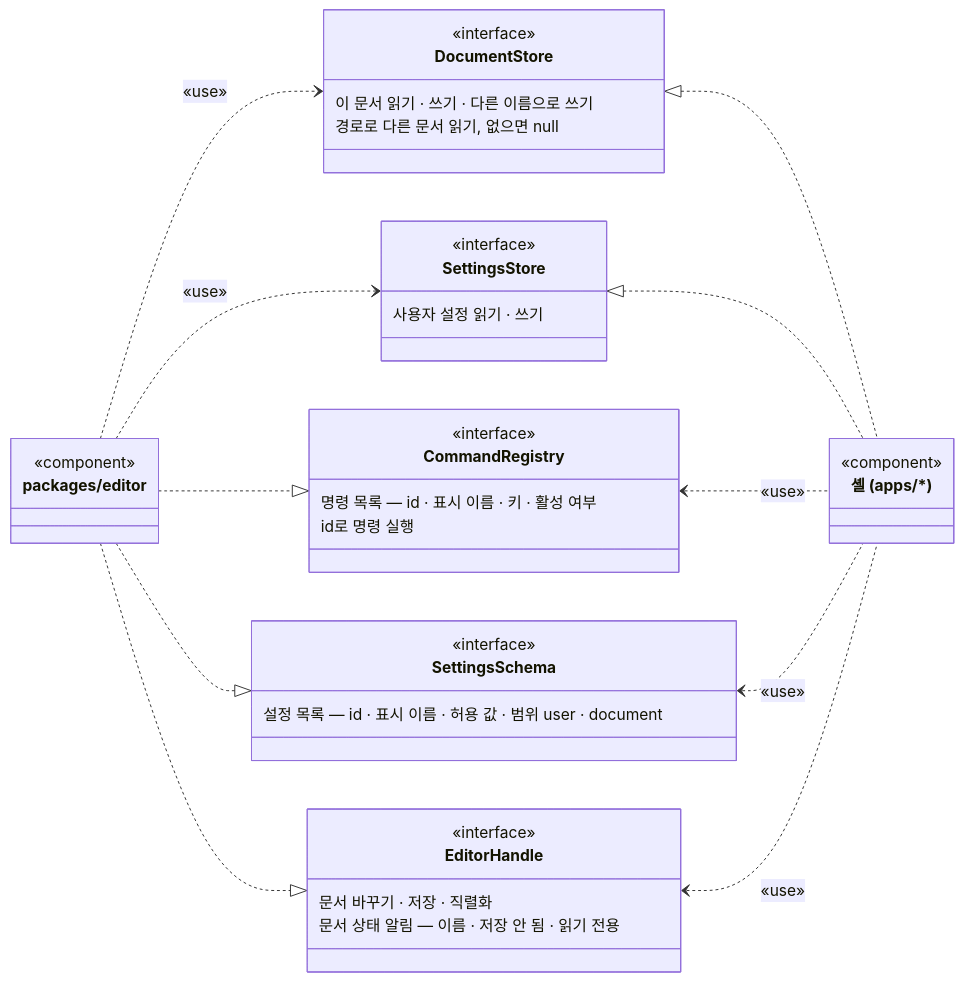
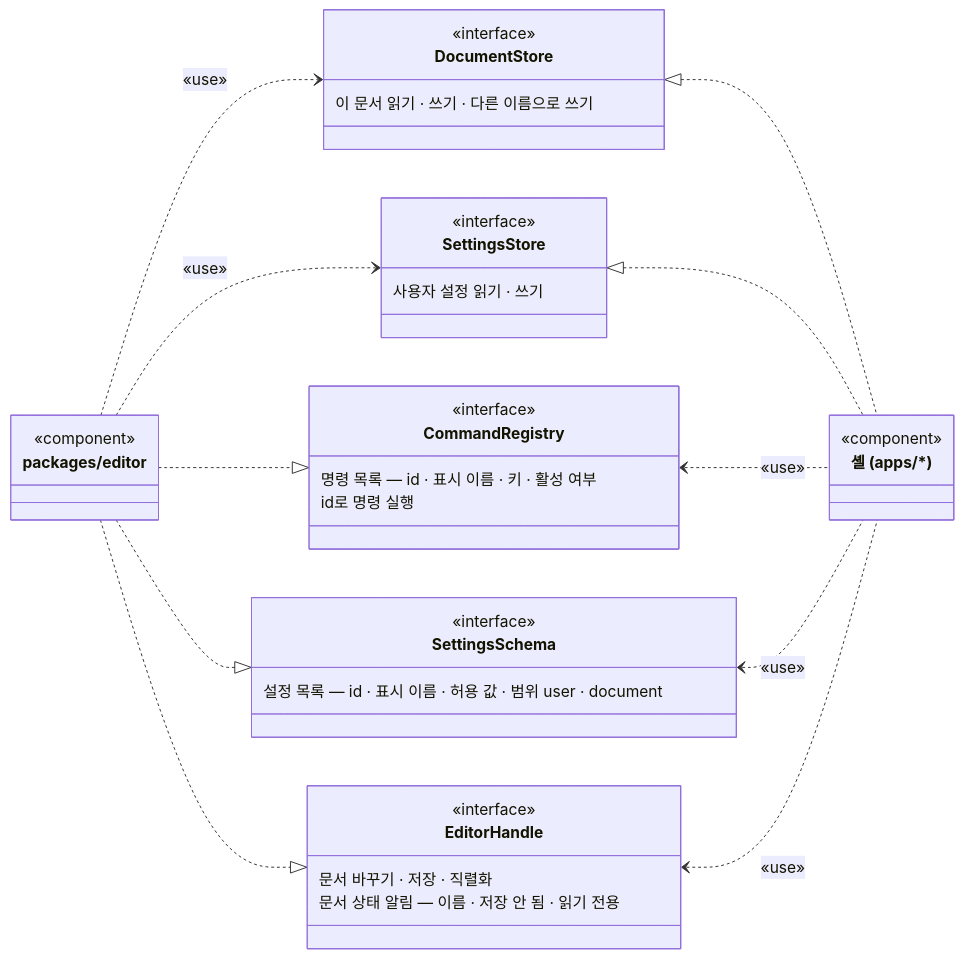
Before and after one commit to reddiana/AriadneNSD: the third of 9 diagrams in docs/03-architecture/01-architecture.md, drawn with Mermaid. The commit also changed other lines of this file and 73 other files, not shown here.

````diff
--- a/docs/03-architecture/01-architecture.md
+++ b/docs/03-architecture/01-architecture.md
@@ -266,36 +266,35 @@
 ```mermaid
 classDiagram
     direction LR
     class editor["packages/editor"]
     <<component>> editor
     class Shell["셸 (apps/*)"]
     <<component>> Shell
     class DocumentStore
     <<interface>> DocumentStore
     DocumentStore : 이 문서 읽기 · 쓰기 · 다른 이름으로 쓰기
-    DocumentStore : 경로로 다른 문서 읽기, 없으면 null
     class SettingsStore
     <<interface>> SettingsStore
     SettingsStore : 사용자 설정 읽기 · 쓰기
     class CommandRegistry
     <<interface>> CommandRegistry
     CommandRegistry : 명령 목록 — id · 표시 이름 · 키 · 활성 여부
     CommandRegistry : id로 명령 실행
     class SettingsSchema
     <<interface>> SettingsSchema
     SettingsSchema : 설정 목록 — id · 표시 이름 · 허용 값 · 범위 user · document
     class EditorHandle
     <<interface>> EditorHandle
     EditorHandle : 문서 바꾸기 · 저장 · 직렬화
     EditorHandle : 문서 상태 알림 — 이름 · 저장 안 됨 · 읽기 전용
     editor ..> DocumentStore : «use»
     editor ..> SettingsStore : «use»
     DocumentStore <|.. Shell
     SettingsStore <|.. Shell
     editor ..|> CommandRegistry
     editor ..|> SettingsSchema
     CommandRegistry <.. Shell : «use»
     SettingsSchema <.. Shell : «use»
     editor ..|> EditorHandle
     EditorHandle <.. Shell : «use»
 ```
````
